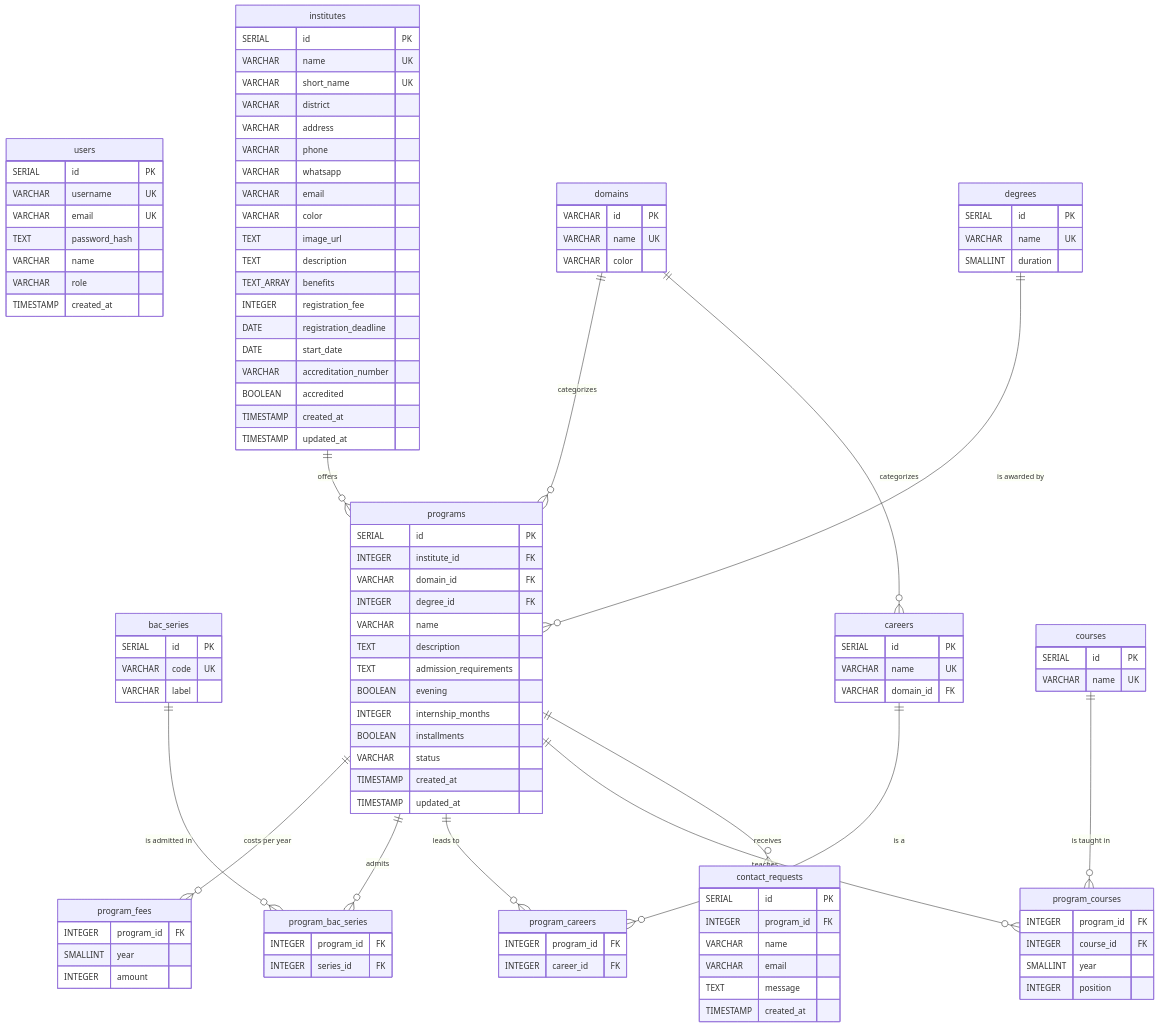
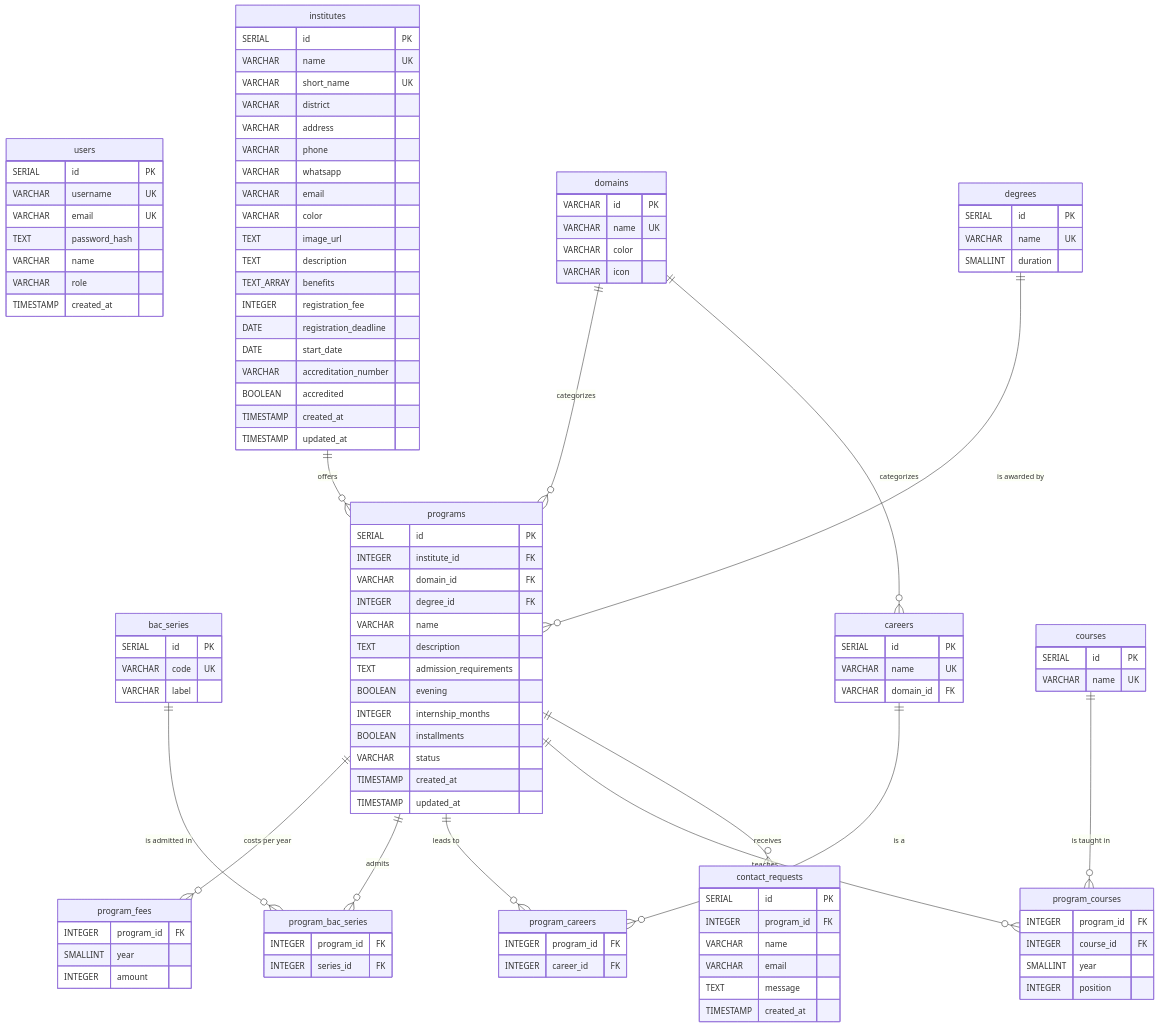
One commit to Flammeduciel/s17-squad15-orienta changed the diagram in docs/schema.md. Above: the diagram before and after it, drawn with Mermaid. The commit also changed other lines of this file and 9 other files, not shown here.

```diff
--- a/docs/schema.md
+++ b/docs/schema.md
@@ -22,6 +22,7 @@
         VARCHAR id PK
         VARCHAR name UK
         VARCHAR color
+        VARCHAR icon
     }
 
     degrees {
```
